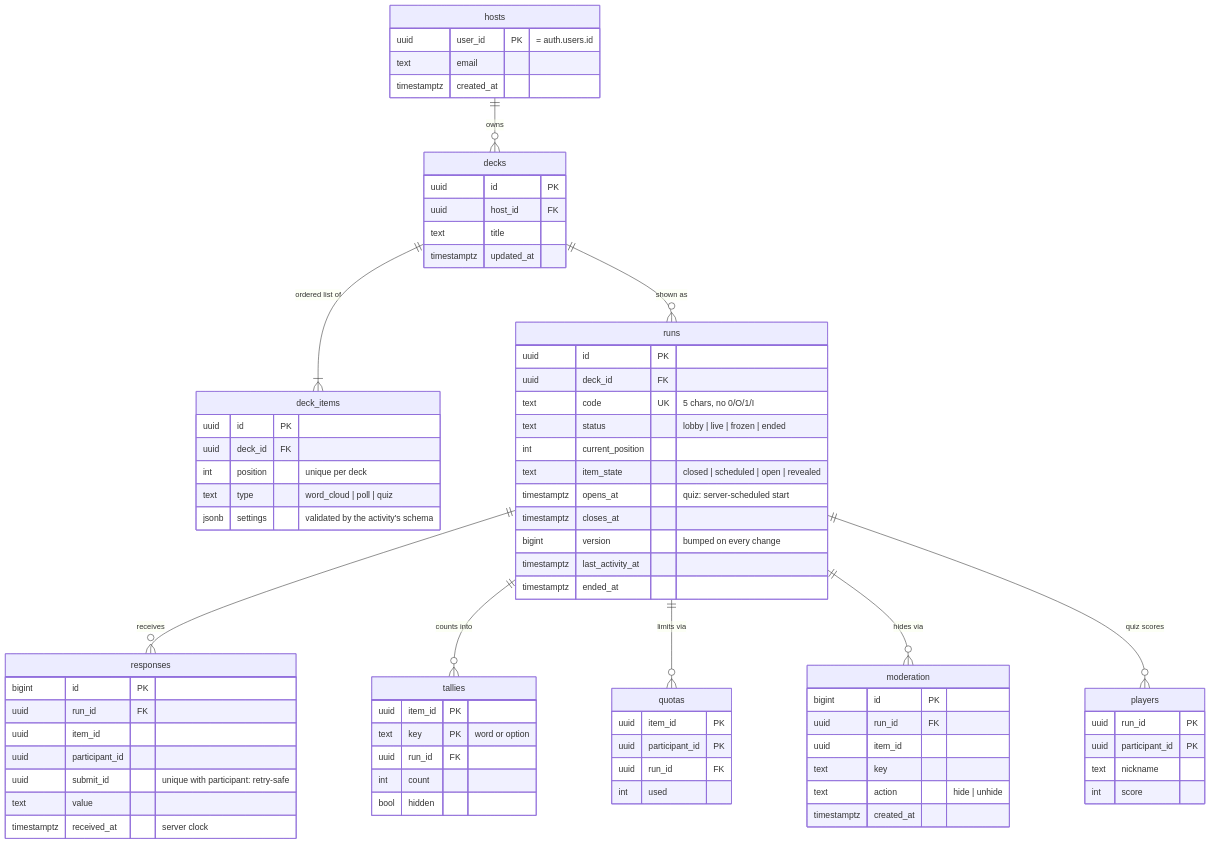
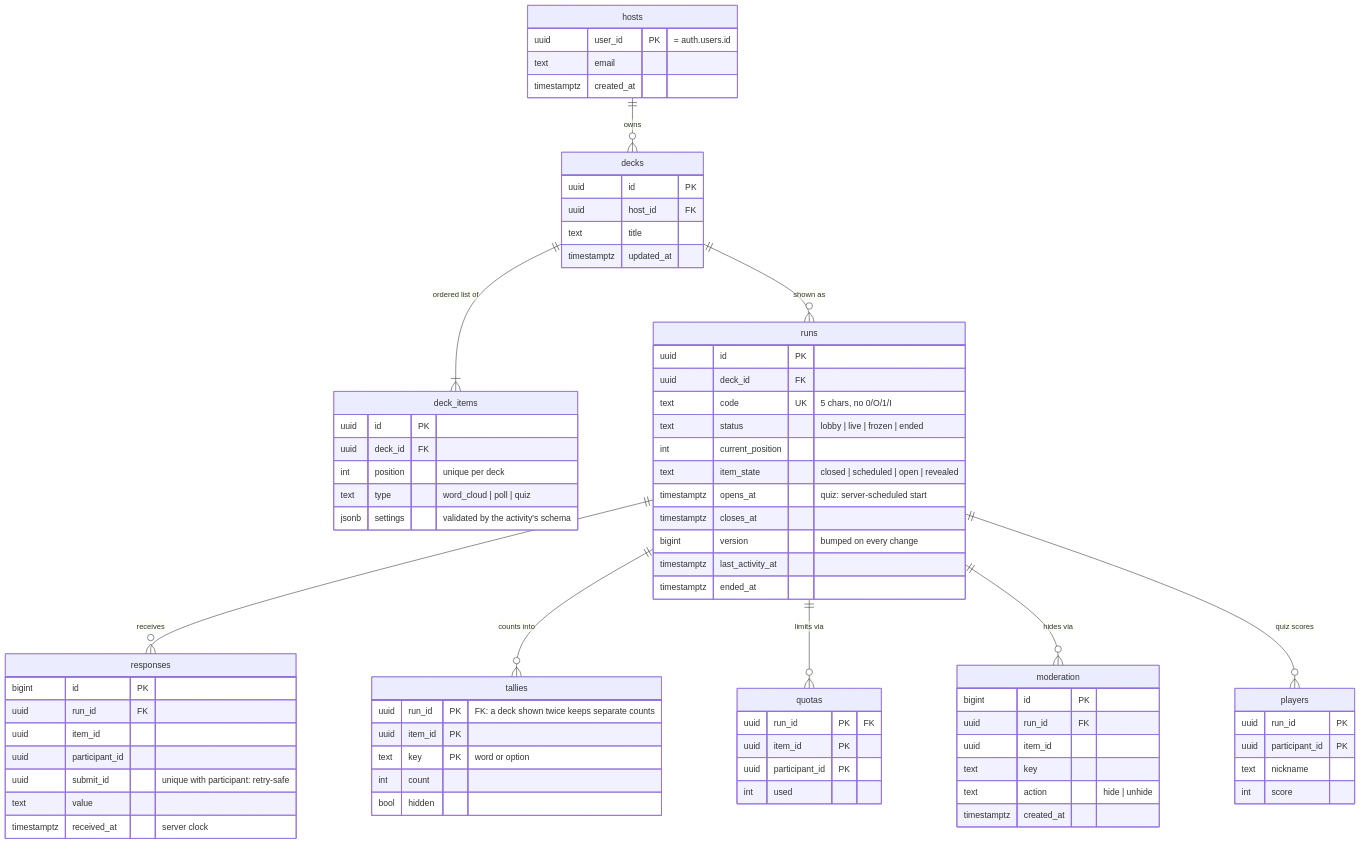
One commit to shahil1dn/volley changed the sixth of 10 diagrams in docs/ARCHITECTURE.md. Above: the diagram before and after it, drawn with Mermaid. The commit also changed other lines of this file and 9 other files, not shown here.

First line of the commit message:
feat: Volley schema behind migrations, locked from the public key (S2)

````diff
--- a/docs/ARCHITECTURE.md
+++ b/docs/ARCHITECTURE.md
@@ -124,79 +124,79 @@
 ```mermaid
 erDiagram
   hosts ||--o{ decks : owns
   decks ||--|{ deck_items : "ordered list of"
   decks ||--o{ runs : "shown as"
   runs ||--o{ responses : receives
   runs ||--o{ tallies : "counts into"
   runs ||--o{ quotas : "limits via"
   runs ||--o{ moderation : "hides via"
   runs ||--o{ players : "quiz scores"
 
   hosts {
     uuid user_id PK "= auth.users.id"
     text email
     timestamptz created_at
   }
   decks {
     uuid id PK
     uuid host_id FK
     text title
     timestamptz updated_at
   }
   deck_items {
     uuid id PK
     uuid deck_id FK
     int position "unique per deck"
     text type "word_cloud | poll | quiz"
     jsonb settings "validated by the activity's schema"
   }
   runs {
     uuid id PK
     uuid deck_id FK
     text code UK "5 chars, no 0/O/1/I"
     text status "lobby | live | frozen | ended"
     int current_position
     text item_state "closed | scheduled | open | revealed"
     timestamptz opens_at "quiz: server-scheduled start"
     timestamptz closes_at
     bigint version "bumped on every change"
     timestamptz last_activity_at
     timestamptz ended_at
   }
   responses {
     bigint id PK
     uuid run_id FK
     uuid item_id
     uuid participant_id
     uuid submit_id "unique with participant: retry-safe"
     text value
     timestamptz received_at "server clock"
   }
   tallies {
+    uuid run_id PK "FK: a deck shown twice keeps separate counts"
     uuid item_id PK
     text key PK "word or option"
-    uuid run_id FK
     int count
     bool hidden
   }
   quotas {
+    uuid run_id PK "FK"
     uuid item_id PK
     uuid participant_id PK
-    uuid run_id FK
     int used
   }
   moderation {
     bigint id PK
     uuid run_id FK
     uuid item_id
     text key
     text action "hide | unhide"
     timestamptz created_at
   }
   players {
     uuid run_id PK
     uuid participant_id PK
     text nickname
     int score
   }
 ```
````
